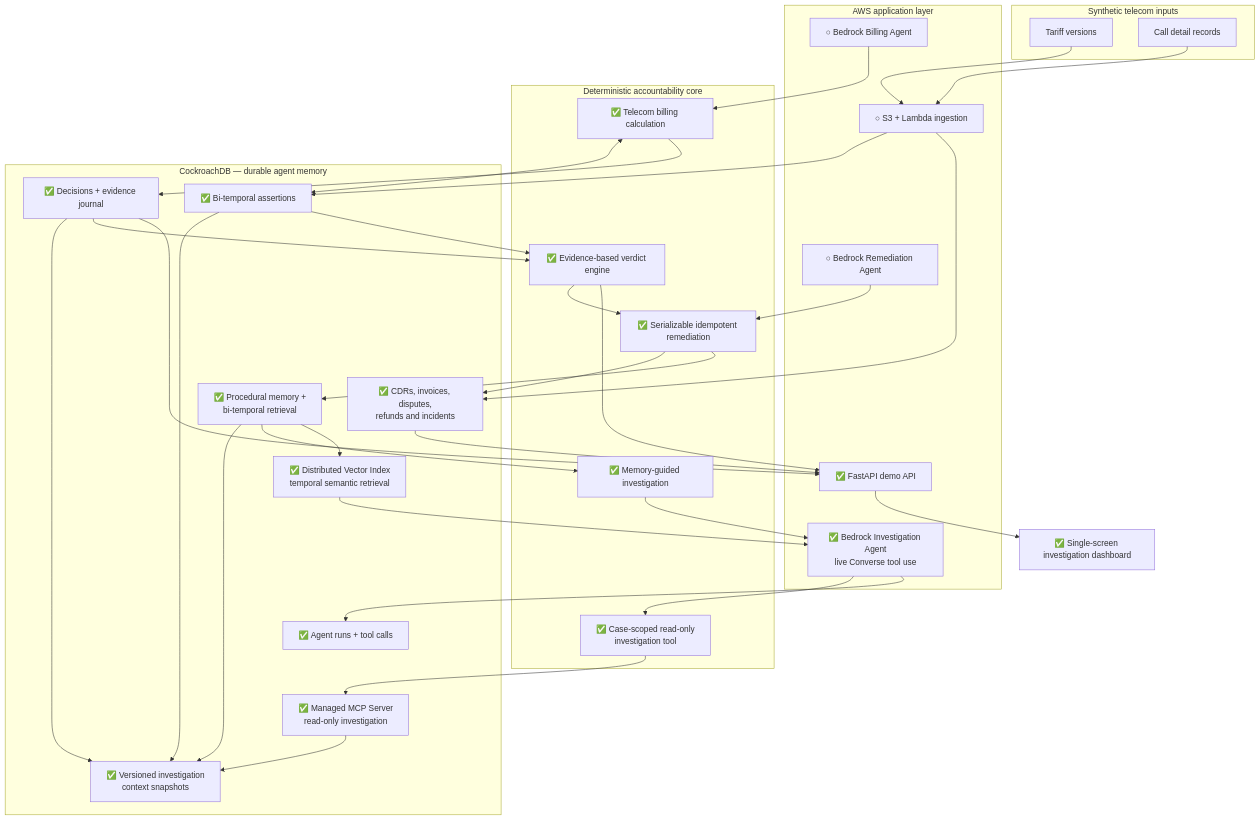
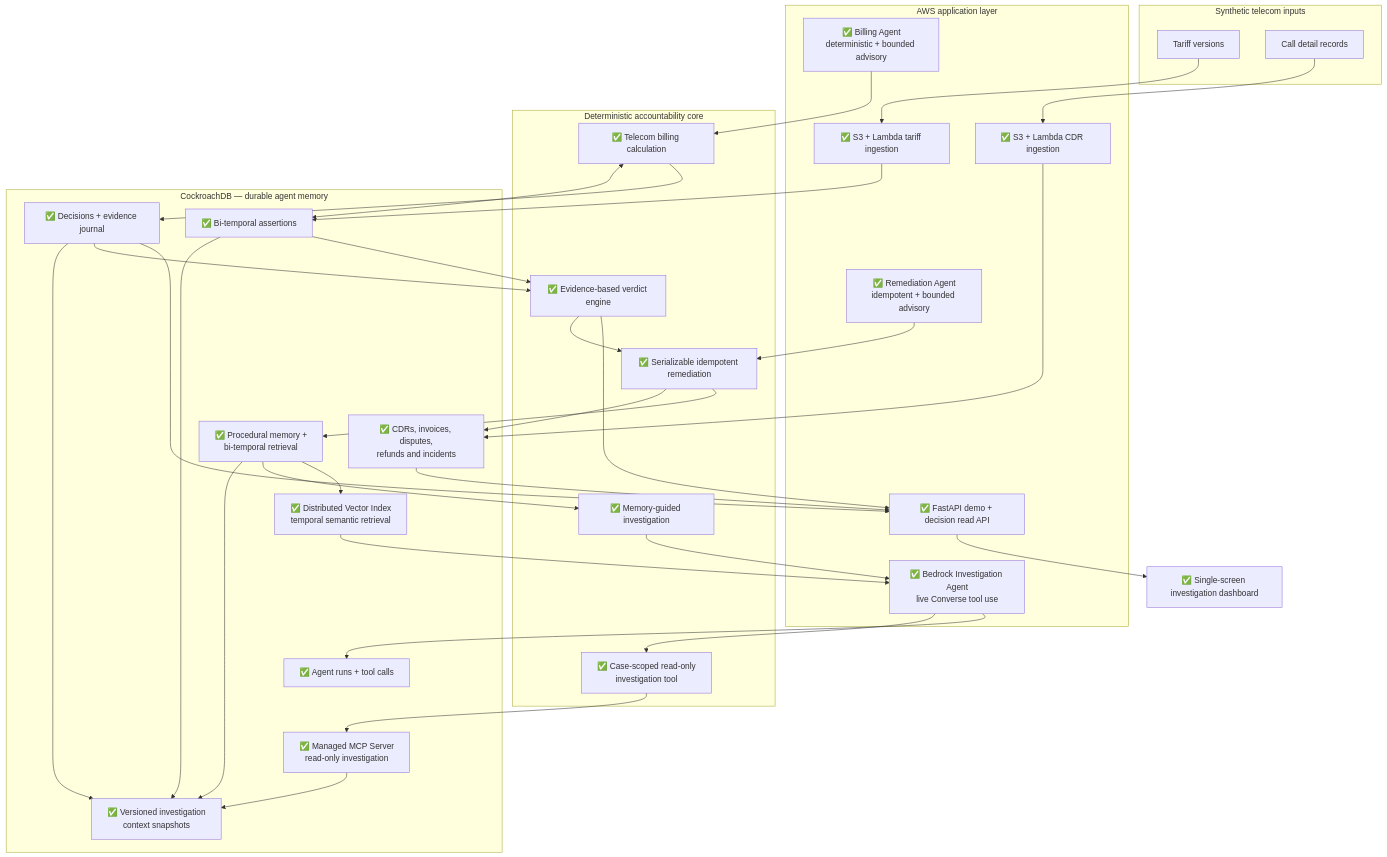
Before and after one commit to Mounir1200/HindSight: the diagram in README.md, drawn with Mermaid. The commit also changed other lines of this file and 54 other files, not shown here.

Commit message:
feat: complete agent workflow, AWS ingestion, and audit APIs

````diff
--- a/README.md
+++ b/README.md
@@ -158,69 +305,70 @@
 ```mermaid
 flowchart TB
     subgraph INPUTS["Synthetic telecom inputs"]
         TARIFFS["Tariff versions"]
         CDRS["Call detail records"]
     end
 
     subgraph AWS["AWS application layer"]
-        INGEST["○ S3 + Lambda ingestion"]
-        BILLING_AGENT["○ Bedrock Billing Agent"]
+        INGEST["✅ S3 + Lambda tariff ingestion"]
+        CDR_INGEST["✅ S3 + Lambda CDR ingestion"]
+        BILLING_AGENT["✅ Billing Agent<br/>deterministic + bounded advisory"]
         INVESTIGATION_AGENT["✅ Bedrock Investigation Agent<br/>live Converse tool use"]
-        REMEDIATION_AGENT["○ Bedrock Remediation Agent"]
-        API["✅ FastAPI demo API"]
+        REMEDIATION_AGENT["✅ Remediation Agent<br/>idempotent + bounded advisory"]
+        API["✅ FastAPI demo + decision read API"]
     end
 
     subgraph CORE["Deterministic accountability core"]
         BILLING["✅ Telecom billing calculation"]
         VERDICT["✅ Evidence-based verdict engine"]
         REMEDIATION["✅ Serializable idempotent remediation"]
         GUIDANCE["✅ Memory-guided investigation"]
         CONTEXT_TOOL["✅ Case-scoped read-only<br/>investigation tool"]
     end
 
     subgraph CRDB["CockroachDB — durable agent memory"]
         ASSERTIONS["✅ Bi-temporal assertions"]
         JOURNAL["✅ Decisions + evidence journal"]
         OPERATIONS["✅ CDRs, invoices, disputes,<br/>refunds and incidents"]
         MEMORY["✅ Procedural memory +<br/>bi-temporal retrieval"]
         AGENT_JOURNAL["✅ Agent runs + tool calls"]
         CONTEXT_SNAPSHOT["✅ Versioned investigation<br/>context snapshots"]
         VECTOR["✅ Distributed Vector Index<br/>temporal semantic retrieval"]
         MCP["✅ Managed MCP Server<br/>read-only investigation"]
     end
 
     DASHBOARD["✅ Single-screen investigation dashboard"]
 
     TARIFFS --> INGEST
-    CDRS --> INGEST
+    CDRS --> CDR_INGEST
     INGEST --> ASSERTIONS
-    INGEST --> OPERATIONS
+    CDR_INGEST --> OPERATIONS
 
     BILLING_AGENT --> BILLING
     BILLING <--> ASSERTIONS
     BILLING --> JOURNAL
 
     INVESTIGATION_AGENT --> CONTEXT_TOOL
     INVESTIGATION_AGENT --> AGENT_JOURNAL
     CONTEXT_TOOL --> MCP
     MCP --> CONTEXT_SNAPSHOT
     ASSERTIONS --> CONTEXT_SNAPSHOT
     JOURNAL --> CONTEXT_SNAPSHOT
     MEMORY --> CONTEXT_SNAPSHOT
     ASSERTIONS --> VERDICT
     JOURNAL --> VERDICT
 
     VERDICT --> REMEDIATION
     REMEDIATION_AGENT --> REMEDIATION
     REMEDIATION --> OPERATIONS
     REMEDIATION --> MEMORY
     MEMORY --> GUIDANCE
     GUIDANCE --> INVESTIGATION_AGENT
     MEMORY --> VECTOR
     VECTOR --> INVESTIGATION_AGENT
 
     JOURNAL --> API
     VERDICT --> API
     OPERATIONS --> API
     API --> DASHBOARD
 ```
````
